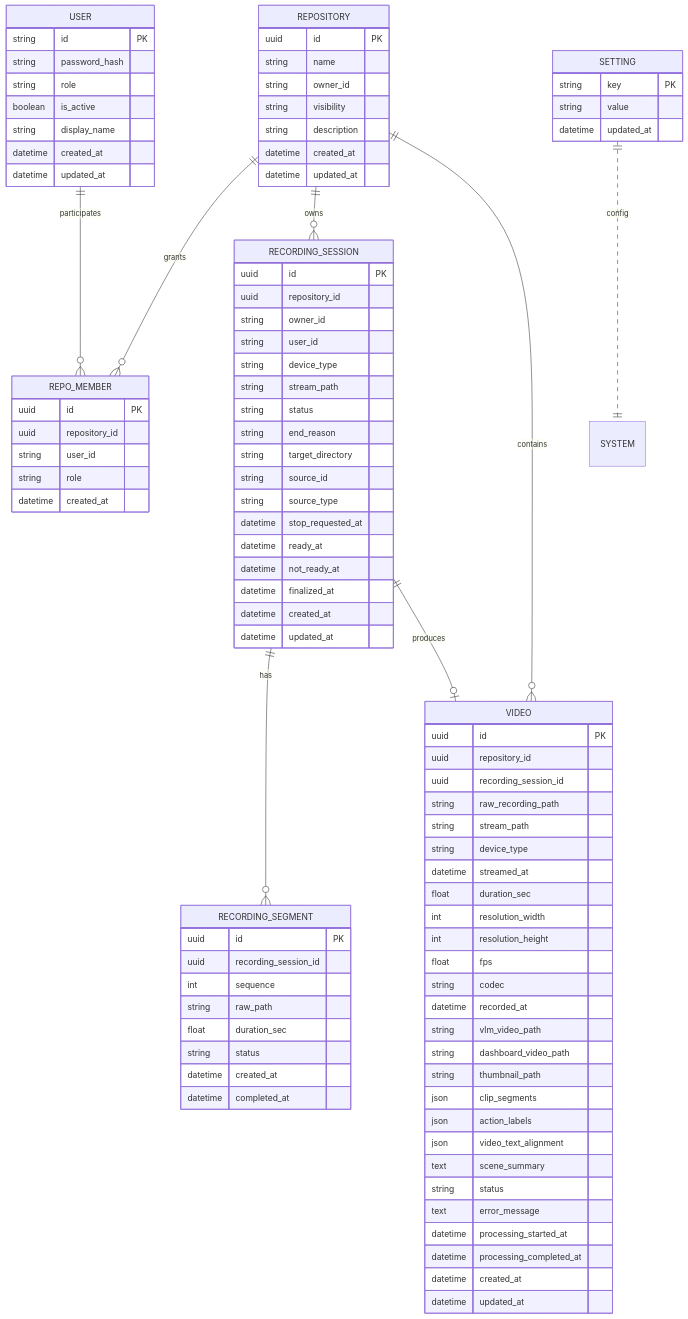
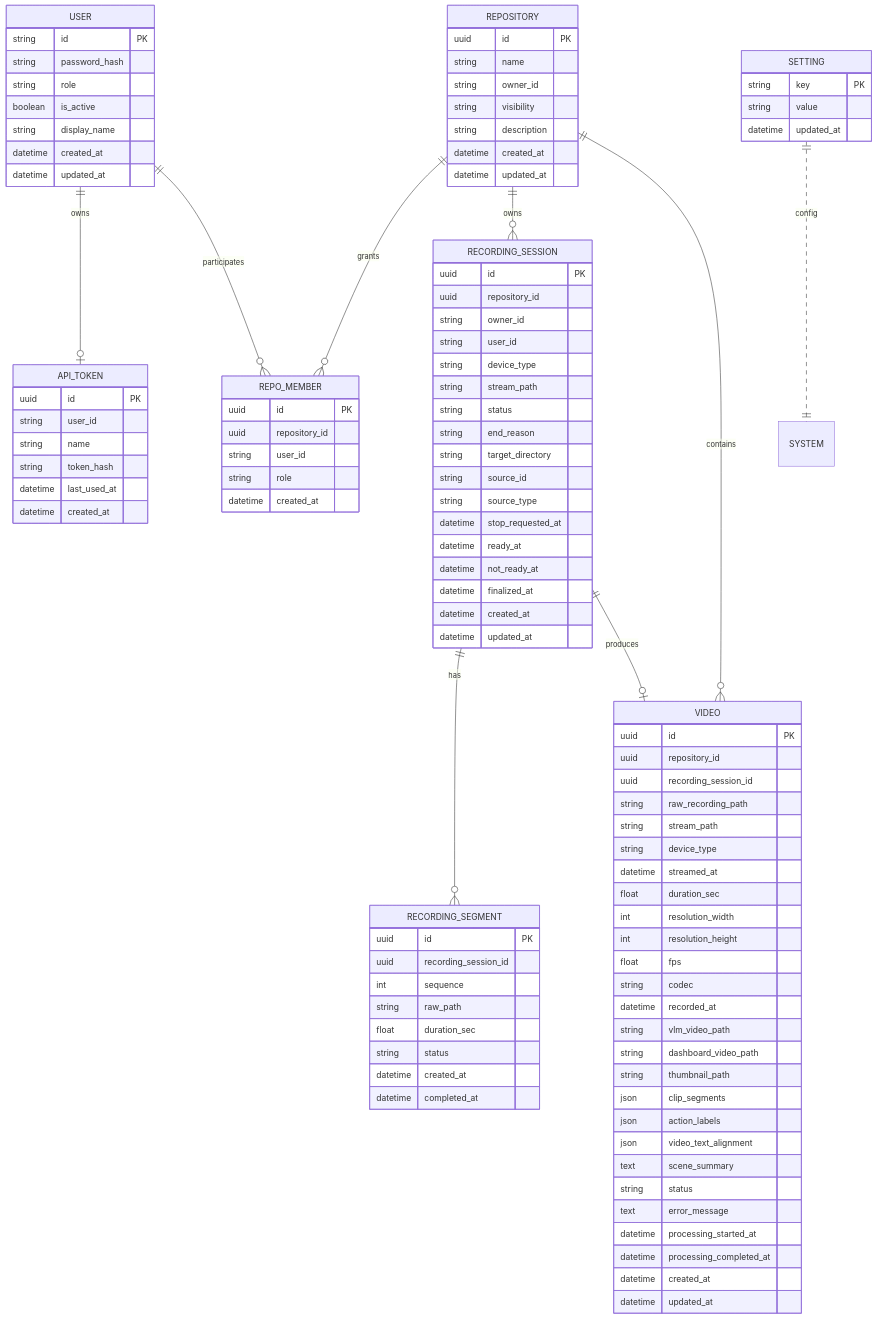
One commit to ego-flow/ego-flow-server changed the diagram in docs/07. project_database.md. Above: the diagram before and after it, drawn with Mermaid. The commit also changed other lines of this file and 4 other files, not shown here.

````diff
--- a/docs/07. project_database.md
+++ b/docs/07. project_database.md
@@ -76,5 +76,6 @@
 ```mermaid
 erDiagram
+    USER ||--o| API_TOKEN : owns
     USER ||--o{ REPO_MEMBER : participates
     REPOSITORY ||--o{ REPO_MEMBER : grants
     REPOSITORY ||--o{ RECORDING_SESSION : owns
@@ -91,6 +92,15 @@
         string display_name
         datetime created_at
         datetime updated_at
+    }
+
+    API_TOKEN {
+        uuid id PK
+        string user_id
+        string name
+        string token_hash
+        datetime last_used_at
+        datetime created_at
     }
 
     SETTING {
````
